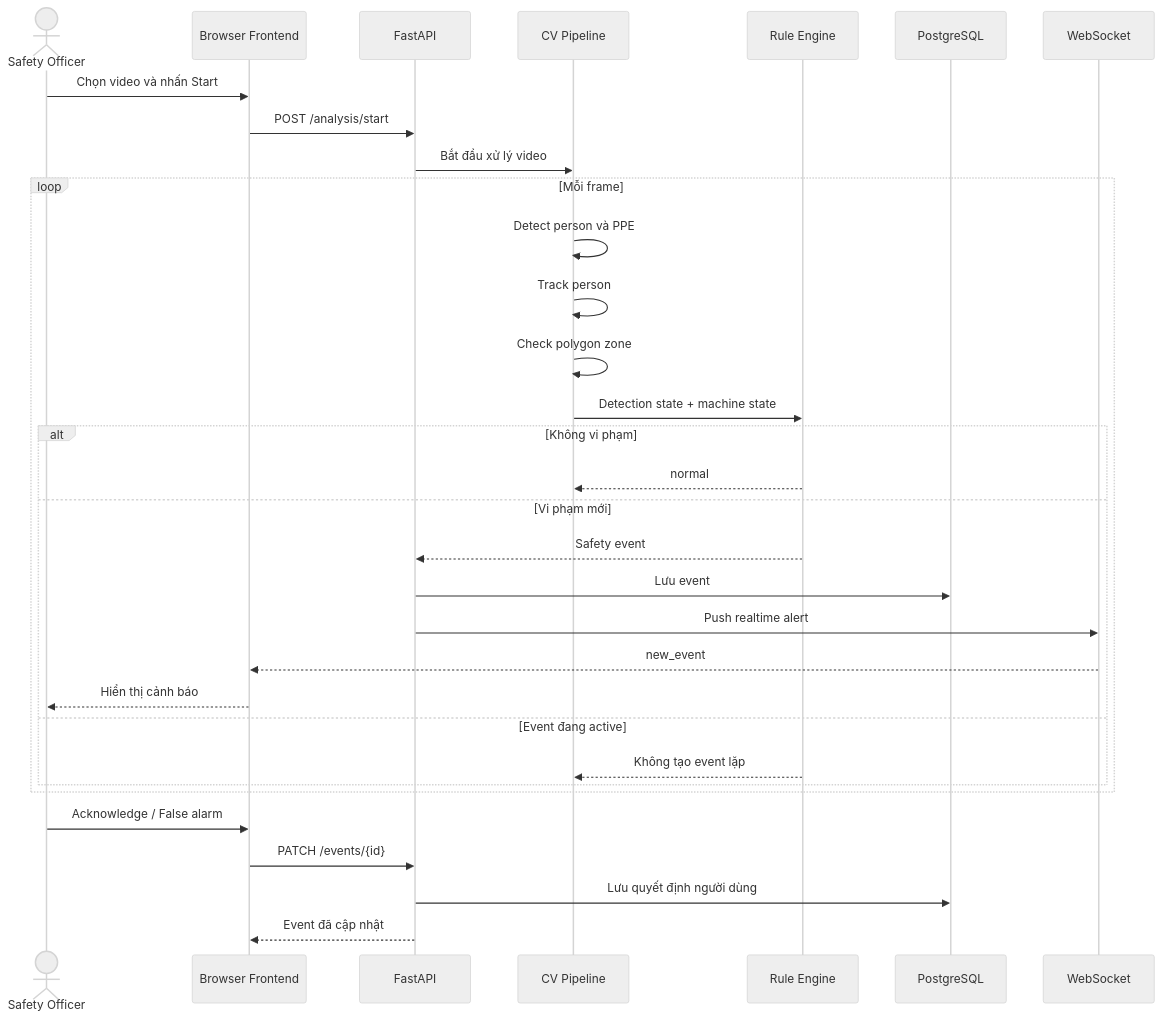
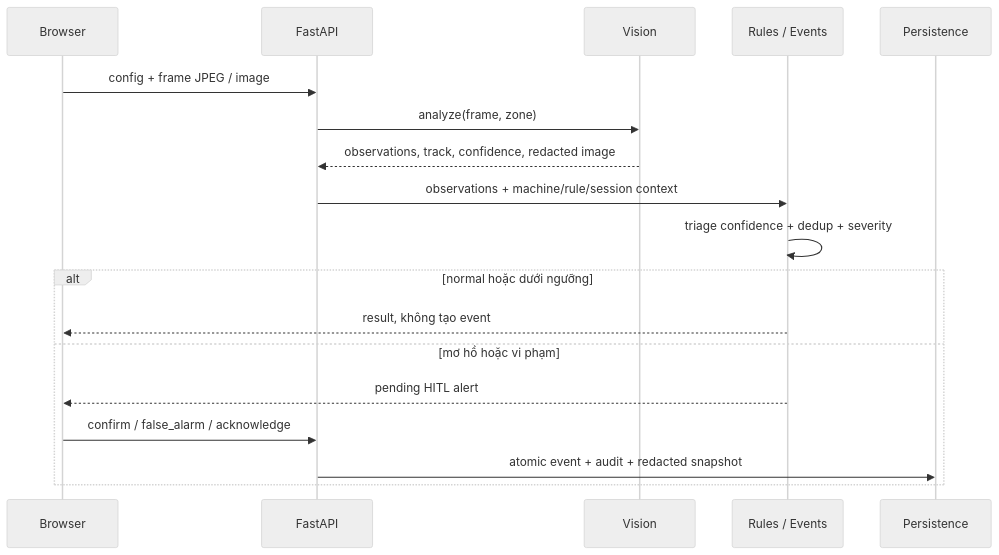
Before and after one commit to NguyenNhat4/Sentiel-safety-intelligent: the second of 2 diagrams in ARCHITECTURE.md, drawn with Mermaid (neutral theme). The commit also changed other lines of this file and 34 other files, not shown here.

````diff
--- a/ARCHITECTURE.md
+++ b/ARCHITECTURE.md
@@ -38,38 +62,20 @@
 ```mermaid
 sequenceDiagram
-    actor User as Safety Officer
-    participant UI as Browser Frontend
+    participant UI as Browser
     participant API as FastAPI
-    participant CV as CV Pipeline
-    participant Rules as Rule Engine
-    participant DB as PostgreSQL
-    participant WS as WebSocket
-
-    User->>UI: Chọn video và nhấn Start
-    UI->>API: POST /analysis/start
-    API->>CV: Bắt đầu xử lý video
-
-    loop Mỗi frame
-        CV->>CV: Detect person và PPE
-        CV->>CV: Track person
-        CV->>CV: Check polygon zone
-        CV->>Rules: Detection state + machine state
-
-        alt Không vi phạm
-            Rules-->>CV: normal
-        else Vi phạm mới
-            Rules-->>API: Safety event
-            API->>DB: Lưu event
-            API->>WS: Push realtime alert
-            WS-->>UI: new_event
-            UI-->>User: Hiển thị cảnh báo
-        else Event đang active
-            Rules-->>CV: Không tạo event lặp
-        end
+    participant CV as Vision
+    participant R as Rules / Events
+    participant P as Persistence
+    UI->>API: config + frame JPEG / image
+    API->>CV: analyze(frame, zone)
+    CV-->>API: observations, track, confidence, redacted image
+    API->>R: observations + machine/rule/session context
+    R->>R: triage confidence + dedup + severity
+    alt normal hoặc dưới ngưỡng
+        R-->>UI: result, không tạo event
+    else mơ hồ hoặc vi phạm
+        R-->>UI: pending HITL alert
+        UI->>API: confirm / false_alarm / acknowledge
+        API->>P: atomic event + audit + redacted snapshot
     end
-
-    User->>UI: Acknowledge / False alarm
-    UI->>API: PATCH /events/{id}
-    API->>DB: Lưu quyết định người dùng
-    API-->>UI: Event đã cập nhật
 ```
````
